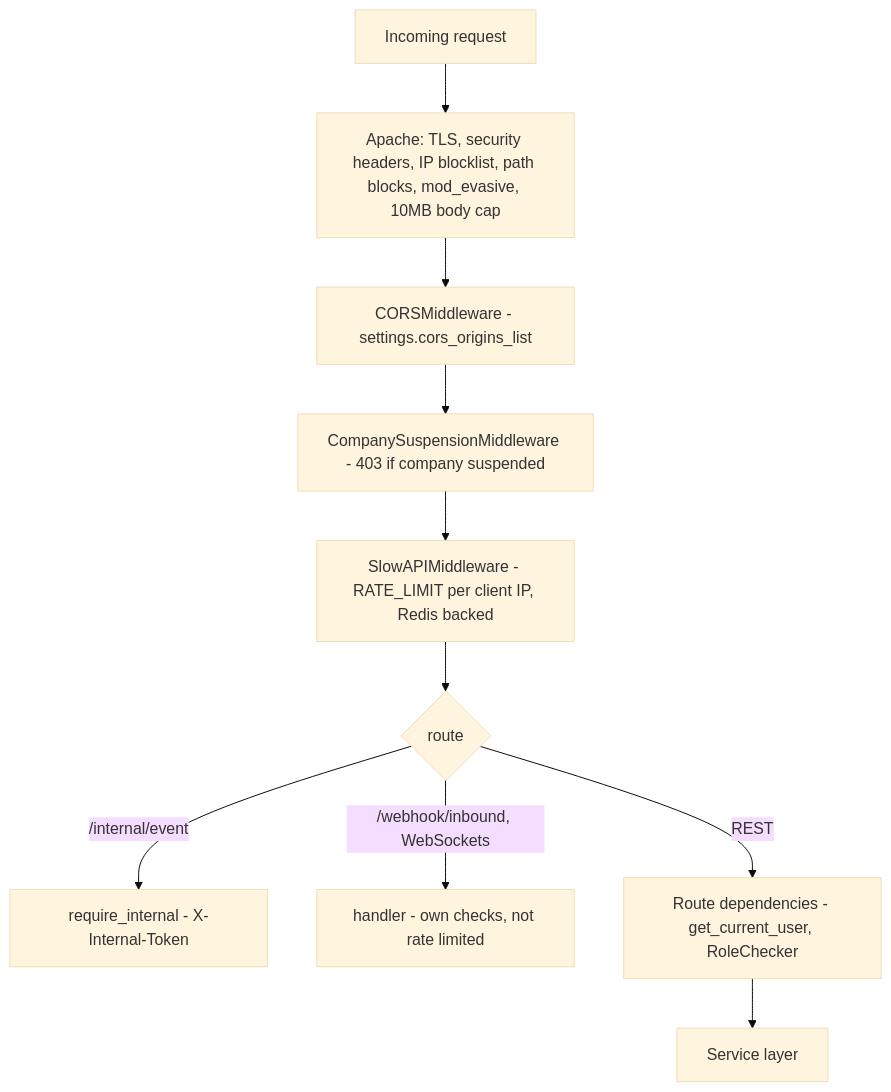
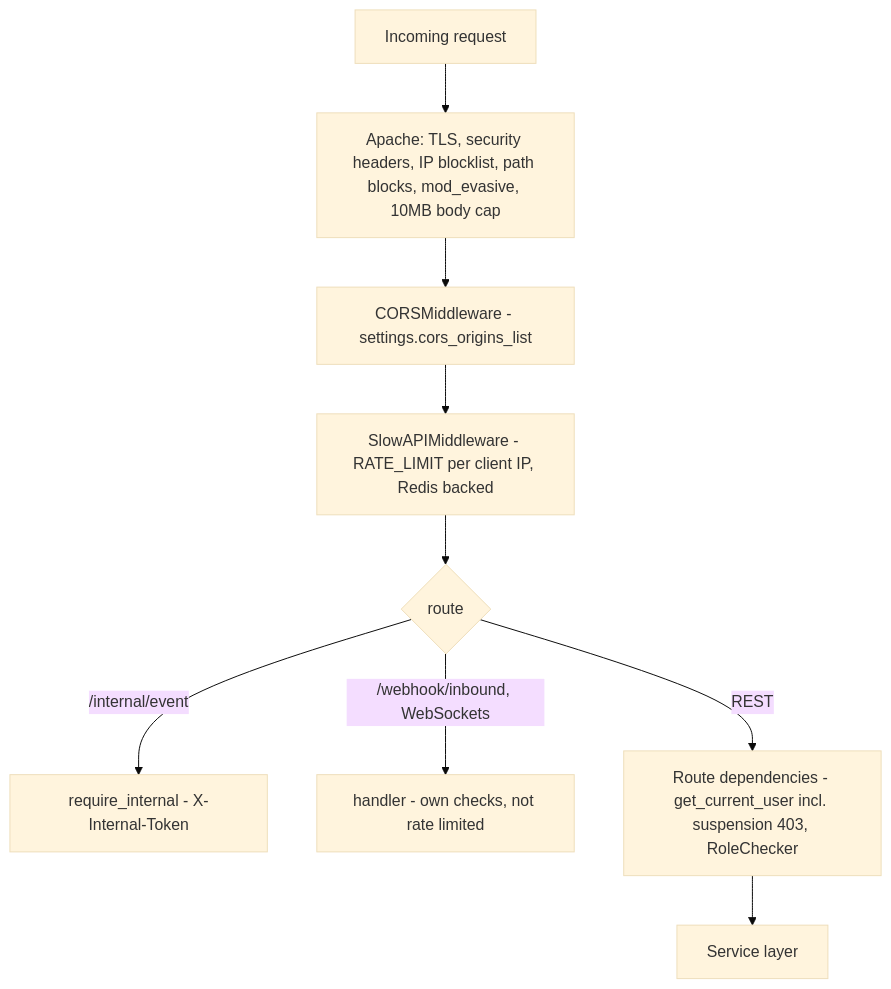
One commit to gondolerahul/hire-buddha-app changed diagram 18 of 19 in docs/current/02-system-architecture.md. Above: the diagram before and after it, drawn with Mermaid (base theme). The commit also changed other lines of this file and 9 other files, not shown here.

````diff
--- a/docs/current/02-system-architecture.md
+++ b/docs/current/02-system-architecture.md
@@ -1233,12 +1232,11 @@
 ```mermaid
 flowchart TD
     REQ["Incoming request"] --> AP["Apache: TLS, security headers, IP blocklist, path blocks, mod_evasive, 10MB body cap"]
     AP --> CORS["CORSMiddleware - settings.cors_origins_list"]
-    CORS --> SUSP["CompanySuspensionMiddleware - 403 if company suspended"]
-    SUSP --> RL["SlowAPIMiddleware - RATE_LIMIT per client IP, Redis backed"]
+    CORS --> RL["SlowAPIMiddleware - RATE_LIMIT per client IP, Redis backed"]
     RL --> ROUTE{"route"}
     ROUTE -->|"/internal/event"| INT["require_internal - X-Internal-Token"]
     ROUTE -->|"/webhook/inbound, WebSockets"| NATIVE["handler - own checks, not rate limited"]
-    ROUTE -->|"REST"| DEP["Route dependencies - get_current_user, RoleChecker"]
+    ROUTE -->|"REST"| DEP["Route dependencies - get_current_user incl. suspension 403, RoleChecker"]
     DEP --> SVC["Service layer"]
 ```
````
